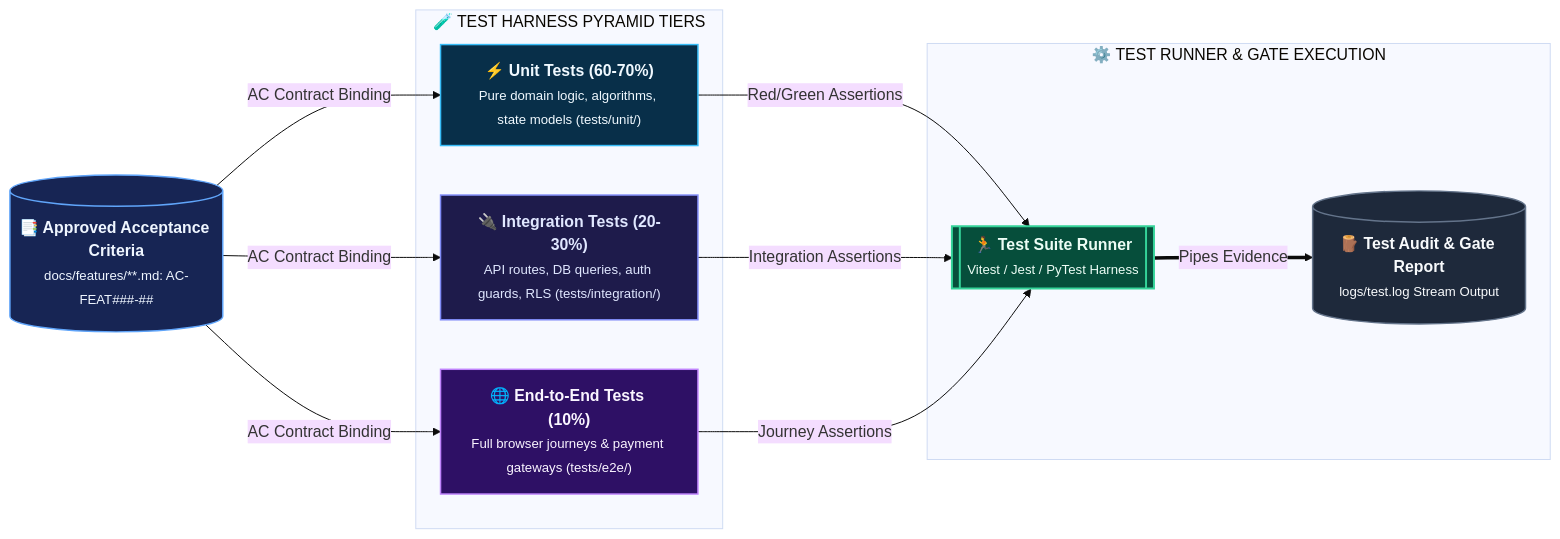
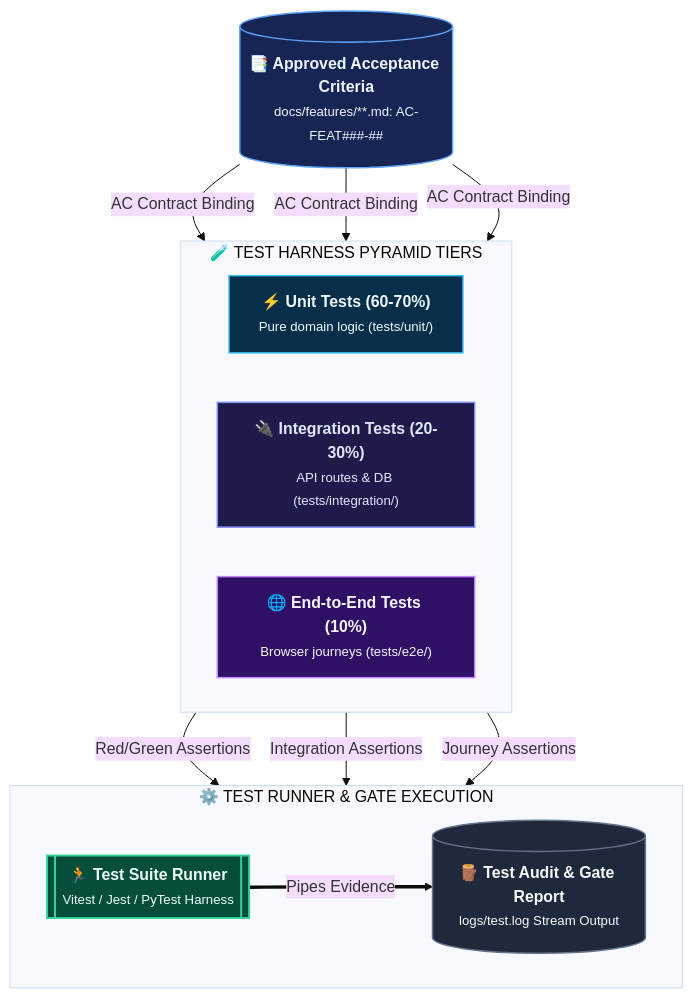
Before and after one commit to rmsofficialsyt/Agentic-AI-Vibe-Coding-AND-SDD-TDD-Codebase-Chandan-Adhikary: the diagram in SDD-TDD-Chandan-Adhikary/Spec-Driven-Development/tests/README.md, drawn with Mermaid (base theme). The commit also changed 20 other files, not shown here.

Commit message:
docs: resolve diagram shrinkage by configuring top-level flowchart TB with nested direction LR rows

````diff
--- a/SDD-TDD-Chandan-Adhikary/Spec-Driven-Development/tests/README.md
+++ b/SDD-TDD-Chandan-Adhikary/Spec-Driven-Development/tests/README.md
@@ -25,32 +25,34 @@
 ```mermaid
-flowchart LR
+flowchart TB
     classDef spec fill:#172554,stroke:#60a5fa,stroke-width:1.5px,color:#eff6ff;
     classDef unit fill:#082f49,stroke:#38bdf8,stroke-width:1.5px,color:#f0f9ff;
     classDef integ fill:#1e1b4b,stroke:#818cf8,stroke-width:1.5px,color:#e0e7ff;
     classDef e2e fill:#2e1065,stroke:#c084fc,stroke-width:1.5px,color:#faf5ff;
     classDef runner fill:#064e3b,stroke:#34d399,stroke-width:2px,color:#ecfdf5;
     classDef log fill:#1e293b,stroke:#64748b,stroke-width:1.5px,color:#f8fafc;
 
     SpecAC[("<b>📑 Approved Acceptance Criteria</b><br/><small>docs/features/**.md: AC-FEAT###-##</small>")]:::spec
 
     subgraph Pyramid ["🧪 TEST HARNESS PYRAMID TIERS"]
-        E2E["<b>🌐 End-to-End Tests (10%)</b><br/><small>Full browser journeys & payment gateways (tests/e2e/)</small>"]:::e2e
-        Integration["<b>🔌 Integration Tests (20-30%)</b><br/><small>API routes, DB queries, auth guards, RLS (tests/integration/)</small>"]:::integ
-        Unit["<b>⚡ Unit Tests (60-70%)</b><br/><small>Pure domain logic, algorithms, state models (tests/unit/)</small>"]:::unit
+        direction LR
+        Unit["<b>⚡ Unit Tests (60-70%)</b><br/><small>Pure domain logic (tests/unit/)</small>"]:::unit
+        Integration["<b>🔌 Integration Tests (20-30%)</b><br/><small>API routes & DB (tests/integration/)</small>"]:::integ
+        E2E["<b>🌐 End-to-End Tests (10%)</b><br/><small>Browser journeys (tests/e2e/)</small>"]:::e2e
     end
 
     subgraph ExecutionGate ["⚙️ TEST RUNNER & GATE EXECUTION"]
+        direction LR
         TestRunner[["<b>🏃 Test Suite Runner</b><br/><small>Vitest / Jest / PyTest Harness</small>"]]:::runner
         CoverageReport[("<b>🪵 Test Audit & Gate Report</b><br/><small>logs/test.log Stream Output</small>")]:::log
     end
 
     SpecAC -->|"AC Contract Binding"| Unit
     SpecAC -->|"AC Contract Binding"| Integration
     SpecAC -->|"AC Contract Binding"| E2E
 
     Unit -->|"Red/Green Assertions"| TestRunner
     Integration -->|"Integration Assertions"| TestRunner
     E2E -->|"Journey Assertions"| TestRunner
 
     TestRunner ==>|"Pipes Evidence"| CoverageReport
 ```
````
